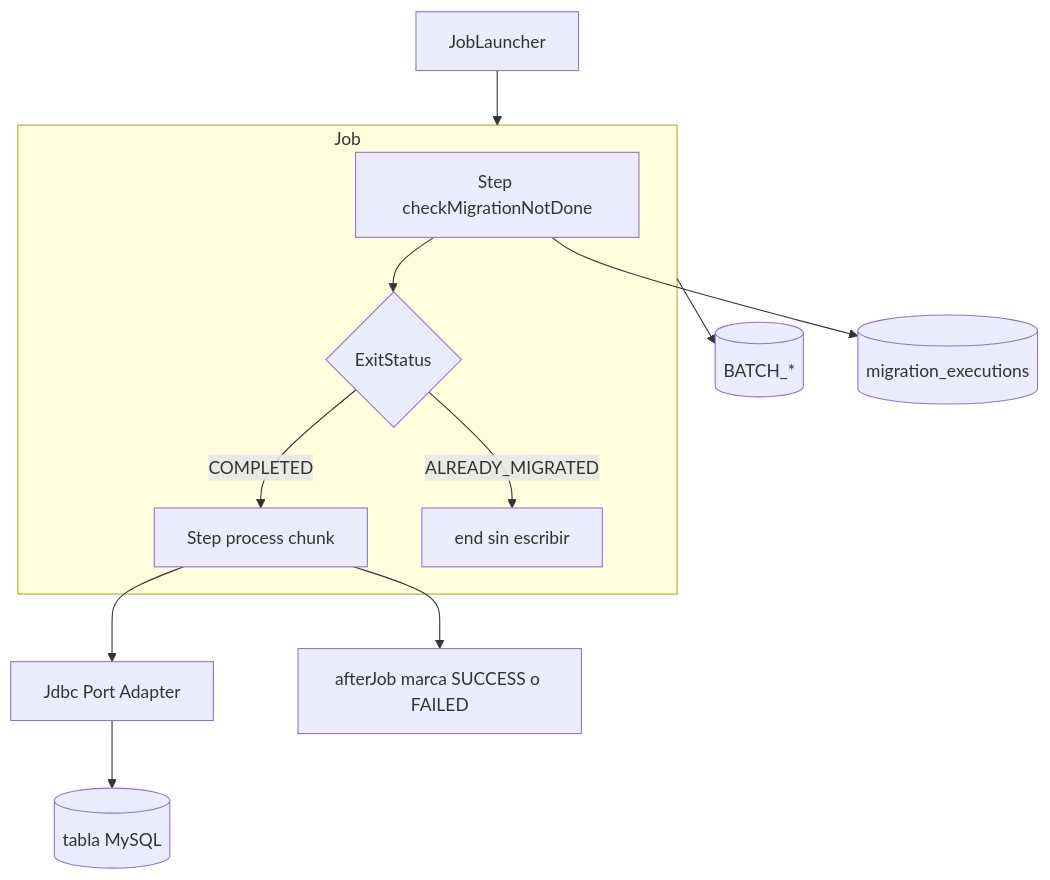
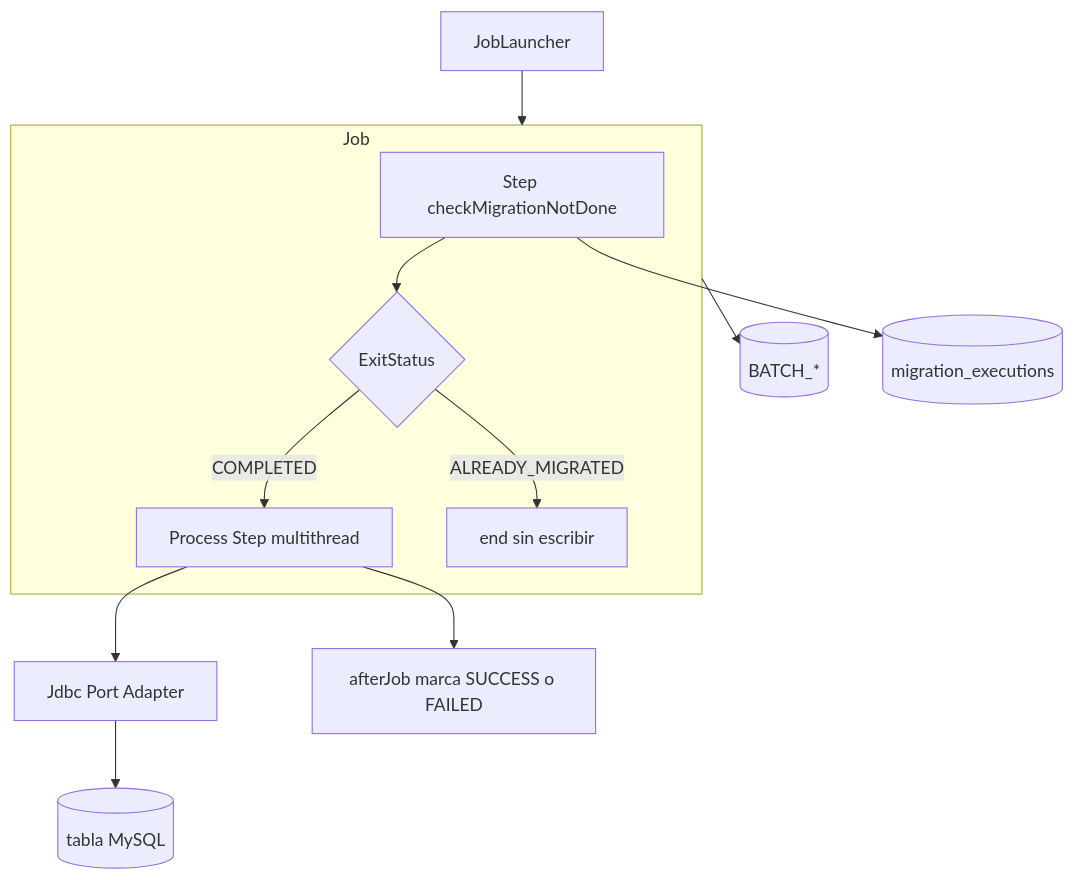
Before and after one commit to L0ncho/xyz_bank_data_migration: the first of 2 diagrams in docs/jobs.md, drawn with Mermaid. The commit also changed other lines of this file and 37 other files, not shown here.

````diff
--- a/docs/jobs.md
+++ b/docs/jobs.md
@@ -7,17 +7,17 @@
 ```mermaid
 flowchart TB
     JobLauncher --> Job
     subgraph Job [Job]
         guardStep[Step checkMigrationNotDone]
-        decider{ExitStatus}
-        processStep[Step process chunk]
-        guardStep --> decider
-        decider -->|ALREADY_MIGRATED| endNode[end sin escribir]
-        decider -->|COMPLETED| processStep
+        exitCheck{ExitStatus}
+        processStep[Process Step multithread]
+        guardStep --> exitCheck
+        exitCheck -->|ALREADY_MIGRATED| endNode[end sin escribir]
+        exitCheck -->|COMPLETED| processStep
     end
     processStep --> JdbcWriter[Jdbc Port Adapter]
     JdbcWriter --> BusinessTable[(tabla MySQL)]
     Job --> JobRepository[(BATCH_*)]
     guardStep --> Ledger[(migration_executions)]
     processStep --> LedgerMark[afterJob marca SUCCESS o FAILED]
 ```
````
